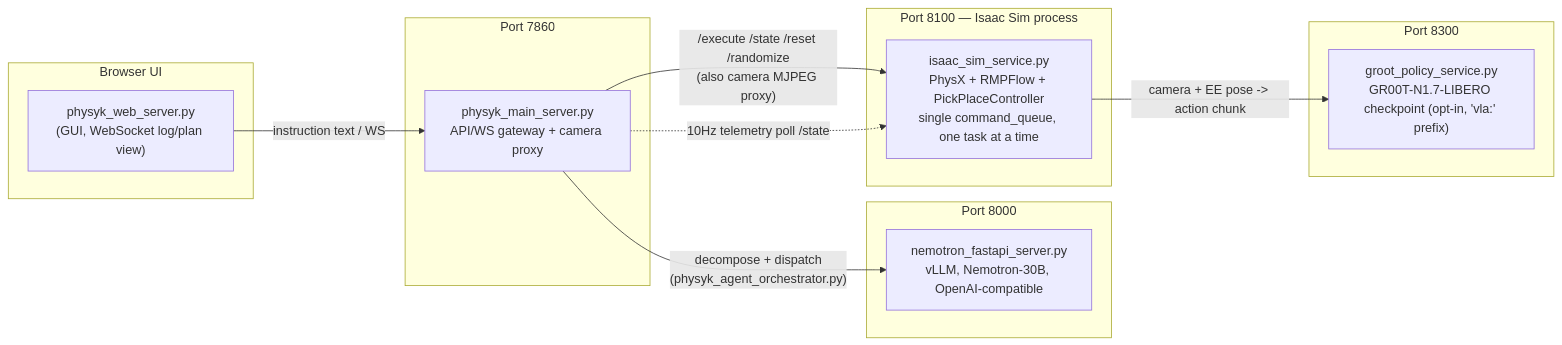
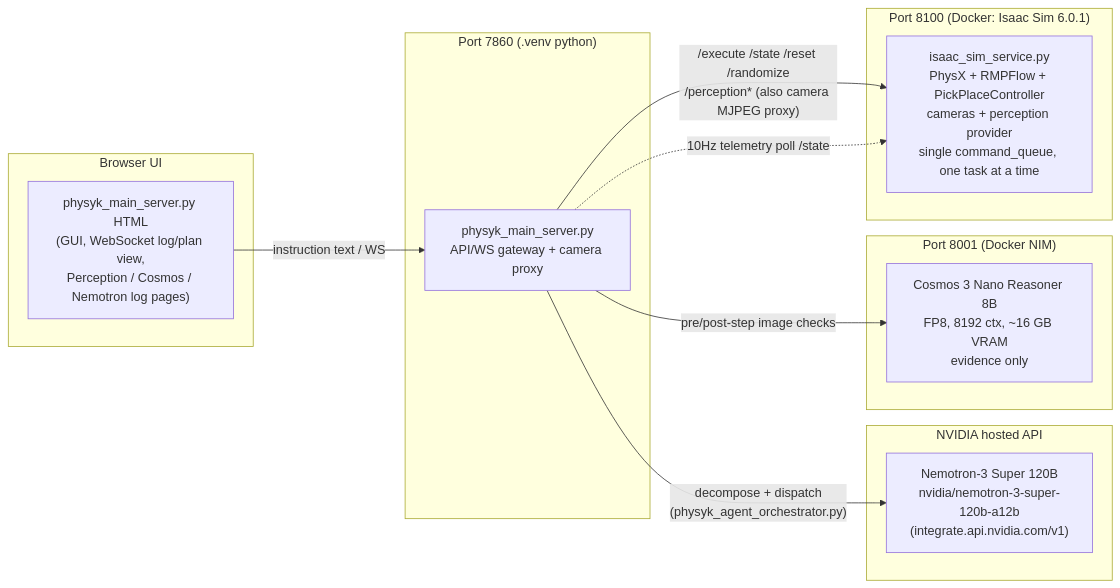
One commit to Devv-262/Physyk_AI changed the first of 4 diagrams in ARCHITECTURE.md. Above: the diagram before and after it, drawn with Mermaid. The commit also changed other lines of this file and 38 other files, not shown here.

First line of the commit message:
Cube/tray pick-and-place on the lab scene: stack planning, wrist alignment, arrival gating, release on contact

````diff
--- a/ARCHITECTURE.md
+++ b/ARCHITECTURE.md
@@ -25,28 +25,28 @@
 ```mermaid
 flowchart LR
     subgraph Browser["Browser UI"]
-        UI["physyk_web_server.py\n(GUI, WebSocket log/plan view)"]
+        UI["physyk_main_server.py HTML\n(GUI, WebSocket log/plan view,\nPerception / Cosmos / Nemotron log pages)"]
     end
 
-    subgraph Bridge["Port 7860"]
+    subgraph Bridge["Port 7860 (.venv python)"]
         MAIN["physyk_main_server.py\nAPI/WS gateway + camera proxy"]
     end
 
-    subgraph Cognitive["Port 8000"]
-        NEMO["nemotron_fastapi_server.py\nvLLM, Nemotron-30B, OpenAI-compatible"]
+    subgraph Cognitive["NVIDIA hosted API"]
+        NEMO["Nemotron-3 Super 120B\nnvidia/nemotron-3-super-120b-a12b\n(integrate.api.nvidia.com/v1)"]
     end
 
-    subgraph Physics["Port 8100 — Isaac Sim process"]
-        SIM["isaac_sim_service.py\nPhysX + RMPFlow + PickPlaceController\nsingle command_queue, one task at a time"]
+    subgraph Vision["Port 8001 (Docker NIM)"]
+        COSMOS["Cosmos 3 Nano Reasoner 8B\nFP8, 8192 ctx, ~16 GB VRAM\nevidence only"]
     end
 
-    subgraph VLA["Port 8300"]
-        GROOT["groot_policy_service.py\nGR00T-N1.7-LIBERO checkpoint (opt-in, 'vla:' prefix)"]
+    subgraph Physics["Port 8100 (Docker: Isaac Sim 6.0.1)"]
+        SIM["isaac_sim_service.py\nPhysX + RMPFlow + PickPlaceController\ncameras + perception provider\nsingle command_queue, one task at a time"]
     end
 
     UI -- "instruction text / WS" --> MAIN
     MAIN -- "decompose + dispatch\n(physyk_agent_orchestrator.py)" --> NEMO
-    MAIN -- "/execute /state /reset /randomize\n(also camera MJPEG proxy)" --> SIM
-    SIM -- "camera + EE pose -> action chunk" --> GROOT
+    MAIN -- "/execute /state /reset /randomize\n/perception* (also camera MJPEG proxy)" --> SIM
+    MAIN -- "pre/post-step image checks" --> COSMOS
     MAIN -. "10Hz telemetry poll /state" .-> SIM
 ```
````
